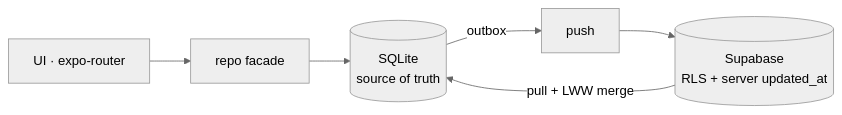
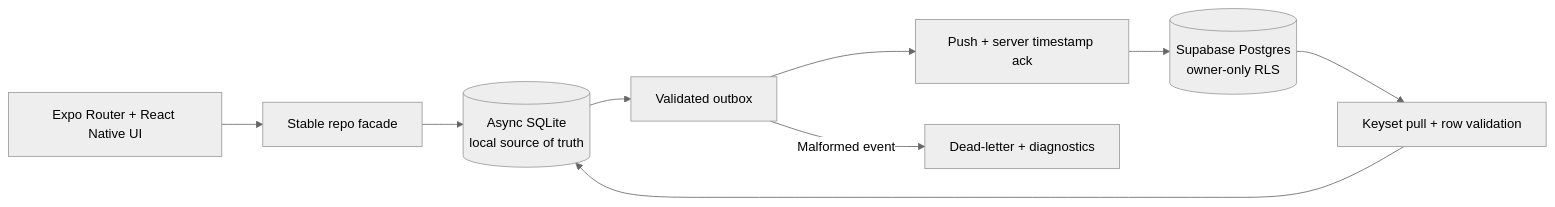
The second of 2 diagrams in README.md (topraksv/helix), drawn with Mermaid (neutral theme) before and after one commit. The commit also changed other lines of this file and 46 other files, not shown here.

````diff
--- a/README.md
+++ b/README.md
@@ -84,8 +164,11 @@
 ```mermaid
 flowchart LR
-  UI["UI · expo-router"] --> Repo["repo facade"]
-  Repo --> DB[("SQLite\nsource of truth")]
-  DB -- "outbox" --> Push["push"]
-  Push --> SB[("Supabase\nRLS + server updated_at")]
-  SB -- "pull + LWW merge" --> DB
+  UI["Expo Router + React Native UI"] --> R["Stable repo facade"]
+  R --> L[("Async SQLite\nlocal source of truth")]
+  L --> O["Validated outbox"]
+  O --> P["Push + server timestamp ack"]
+  P --> S[("Supabase Postgres\nowner-only RLS")]
+  S --> Q["Keyset pull + row validation"]
+  Q --> L
+  O -- "Malformed event" --> D["Dead-letter + diagnostics"]
 ```
````
